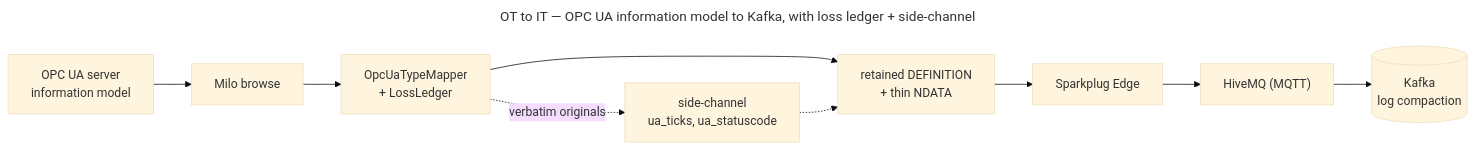
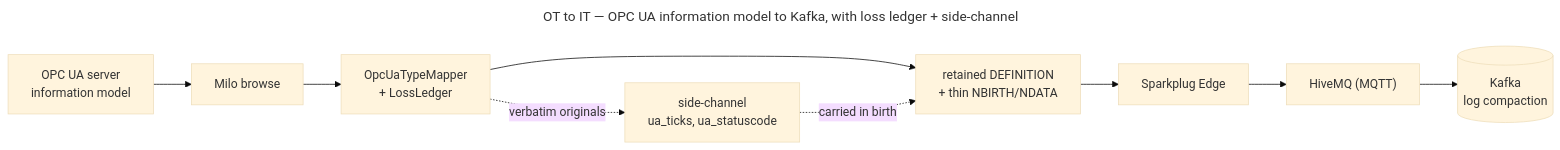
One commit to LivingLikeKrillin/sparkplug-governance-lab changed the diagram in docs/diagrams/src/ot-it-dataflow.mmd. Above: the diagram before and after it, drawn with Mermaid (base theme). The commit also changed 1 other file, not shown here.

Commit message:
feat(diagrams): clarify ot-it labels (thin NBIRTH/NDATA, side-channel carried in birth)

```diff
--- a/docs/diagrams/src/ot-it-dataflow.mmd
+++ b/docs/diagrams/src/ot-it-dataflow.mmd
@@ -1,15 +1,15 @@
 ---
 title: "OT to IT — OPC UA information model to Kafka, with loss ledger + side-channel"
 ---
 flowchart LR
     SIM["OPC UA server<br/>information model"]
     BROWSE["Milo browse"]
     MAP["OpcUaTypeMapper<br/>+ LossLedger"]
-    DEF["retained DEFINITION<br/>+ thin NDATA"]
+    DEF["retained DEFINITION<br/>+ thin NBIRTH/NDATA"]
     EDGE["Sparkplug Edge"]
     MQTT["HiveMQ (MQTT)"]
     KAFKA[("Kafka<br/>log compaction")]
     SC["side-channel<br/>ua_ticks, ua_statuscode"]
     SIM --> BROWSE --> MAP --> DEF --> EDGE --> MQTT --> KAFKA
     MAP -.->|"verbatim originals"| SC
-    SC -.-> DEF
+    SC -.->|"carried in birth"| DEF
```
